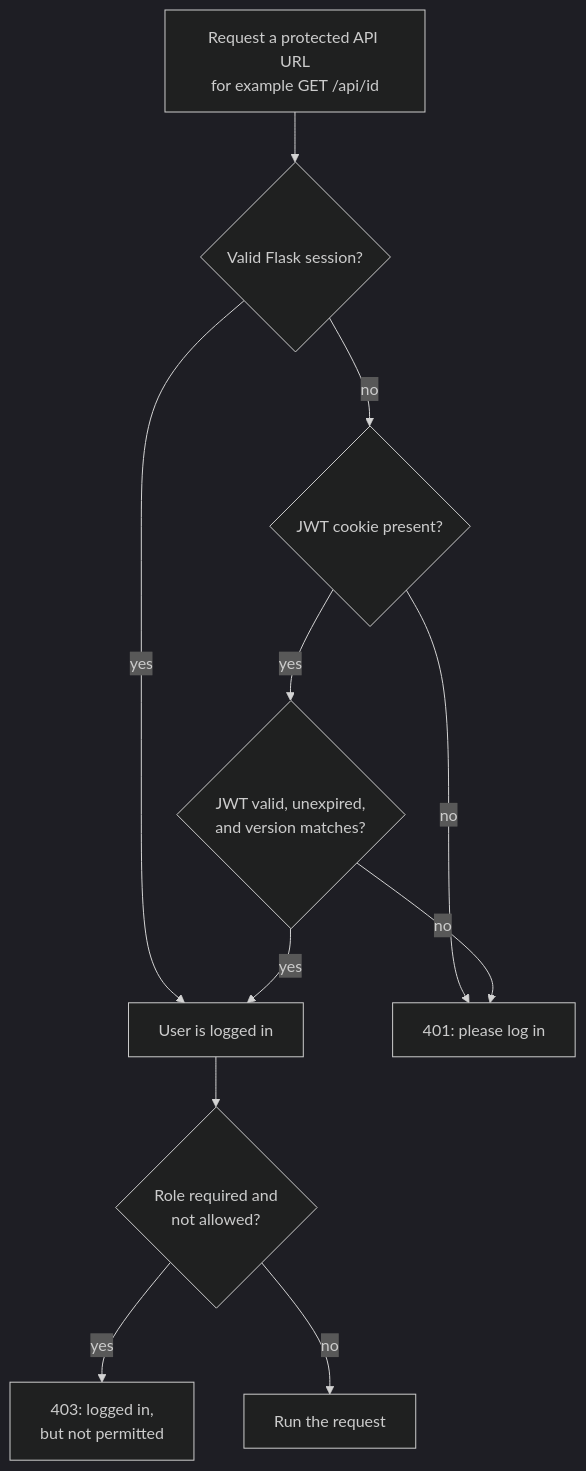
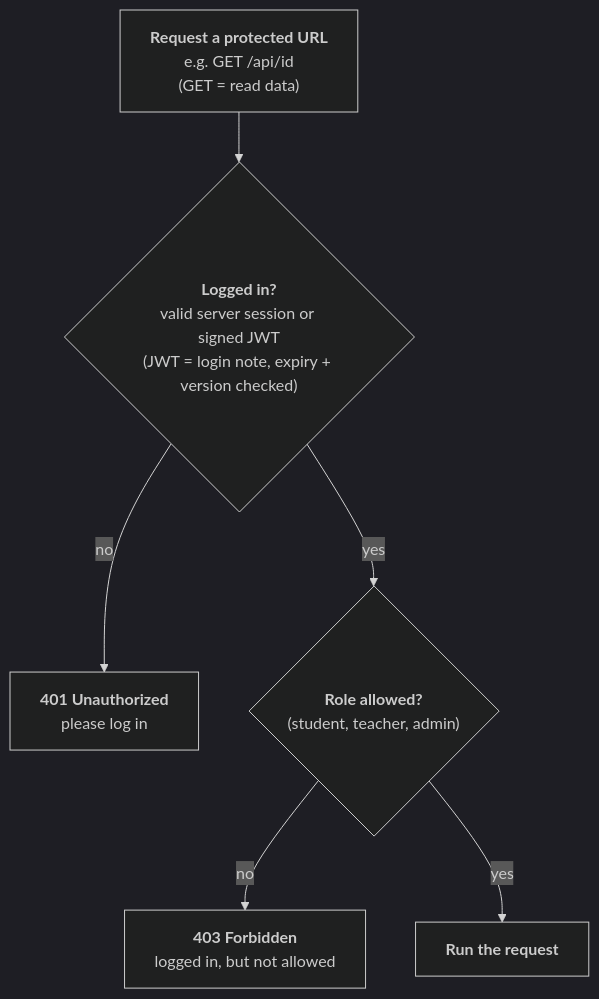
The fourth of 4 diagrams in _posts/2026-10-26-how-our-systems-work.md (CompSciWizards/rotary-frontend), drawn with Mermaid (dark theme) before and after one commit. The commit also changed other lines of this file, not shown here.

````diff
--- a/_posts/2026-10-26-how-our-systems-work.md
+++ b/_posts/2026-10-26-how-our-systems-work.md
@@ -109,13 +114,8 @@
 ```mermaid
 flowchart TD
-    A["Request a protected API URL<br/>for example GET /api/id"] --> B{"Valid Flask session?"}
-    B -- "yes" --> E["User is logged in"]
-    B -- "no" --> C{"JWT cookie present?"}
-    C -- "no" --> X["401: please log in"]
-    C -- "yes" --> D{"JWT valid, unexpired,<br/>and version matches?"}
-    D -- "no" --> X
-    D -- "yes" --> E
-    E --> F{"Role required and<br/>not allowed?"}
-    F -- "yes" --> G["403: logged in,<br/>but not permitted"]
-    F -- "no" --> H["Run the request"]
+    A["<b>Request a protected URL</b><br/>e.g. GET /api/id<br/>(GET = read data)"] --> B{"<b>Logged in?</b><br/>valid server session or signed JWT<br/>(JWT = login note, expiry + version checked)"}
+    B -- "no" --> X["<b>401 Unauthorized</b><br/>please log in"]
+    B -- "yes" --> F{"<b>Role allowed?</b><br/>(student, teacher, admin)"}
+    F -- "no" --> G["<b>403 Forbidden</b><br/>logged in, but not allowed"]
+    F -- "yes" --> H["<b>Run the request</b>"]
 ```
````
